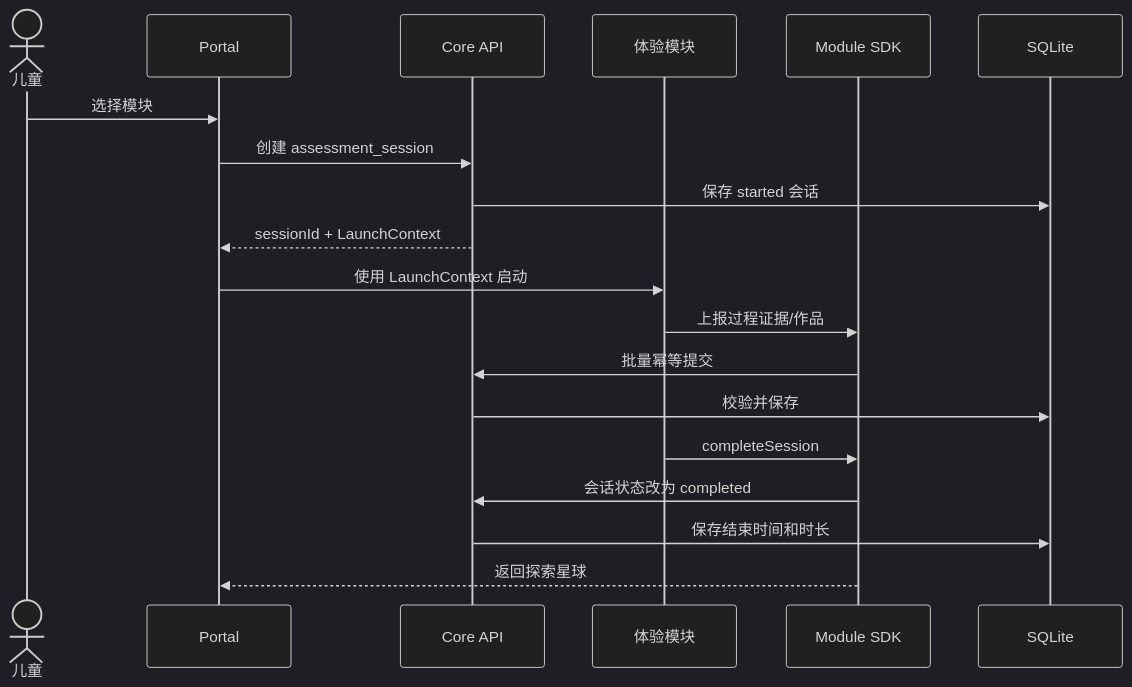
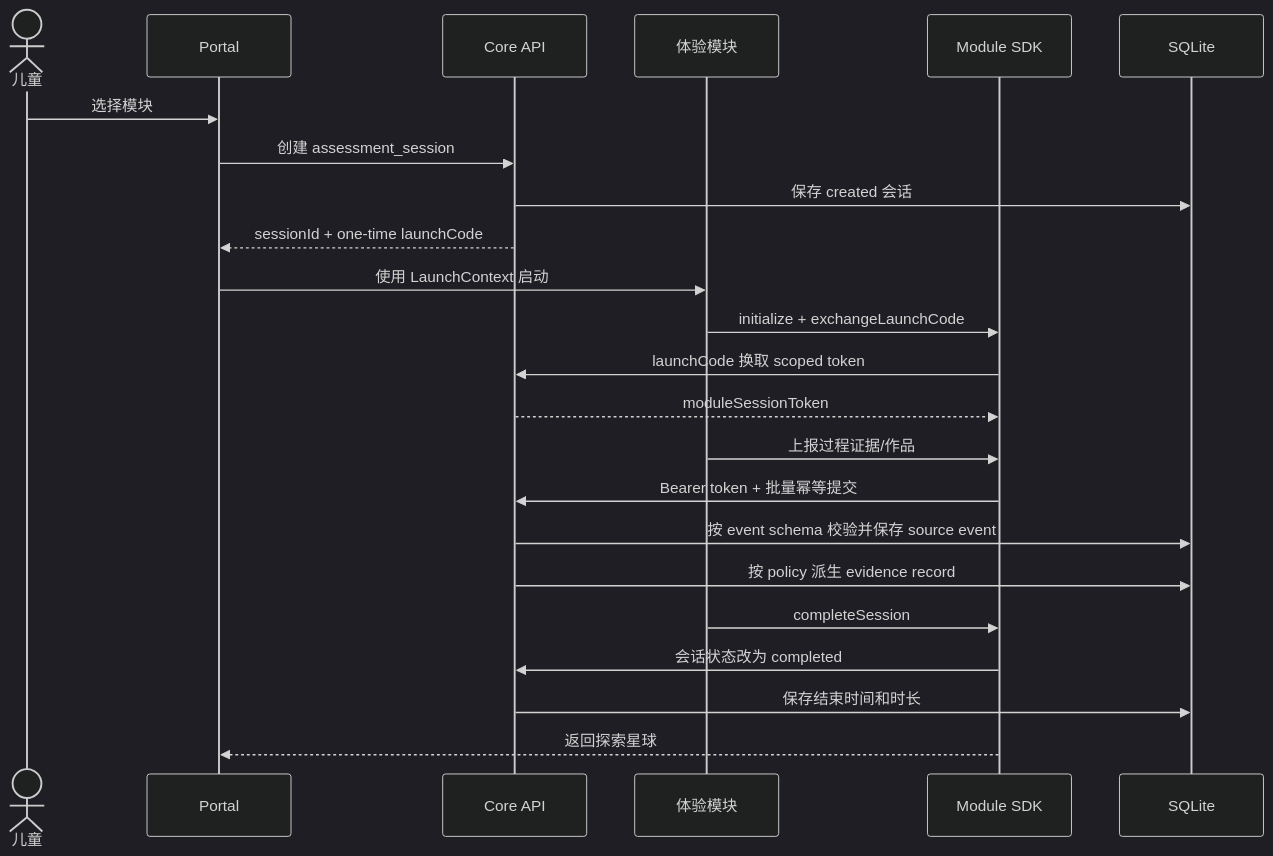
The fifth of 7 diagrams in docs/superpowers/specs/2026-08-29-modular-assessment-platform-architecture-design.md (kuangyutong74-hash/AI-platform-new), drawn with Mermaid (dark theme) before and after one commit. The commit also changed other lines of this file, not shown here.

````diff
--- a/docs/superpowers/specs/2026-08-29-modular-assessment-platform-architecture-design.md
+++ b/docs/superpowers/specs/2026-08-29-modular-assessment-platform-architecture-design.md
@@ -539,22 +725,26 @@
 ```mermaid
 sequenceDiagram
     actor Child as 儿童
     participant Portal
     participant Core as Core API
     participant Module as 体验模块
     participant SDK as Module SDK
     participant DB as SQLite
 
     Child->>Portal: 选择模块
     Portal->>Core: 创建 assessment_session
-    Core->>DB: 保存 started 会话
-    Core-->>Portal: sessionId + LaunchContext
+    Core->>DB: 保存 created 会话
+    Core-->>Portal: sessionId + one-time launchCode
     Portal->>Module: 使用 LaunchContext 启动
+    Module->>SDK: initialize + exchangeLaunchCode
+    SDK->>Core: launchCode 换取 scoped token
+    Core-->>SDK: moduleSessionToken
     Module->>SDK: 上报过程证据/作品
-    SDK->>Core: 批量幂等提交
-    Core->>DB: 校验并保存
+    SDK->>Core: Bearer token + 批量幂等提交
+    Core->>DB: 按 event schema 校验并保存 source event
+    Core->>DB: 按 policy 派生 evidence record
     Module->>SDK: completeSession
     SDK->>Core: 会话状态改为 completed
     Core->>DB: 保存结束时间和时长
     SDK-->>Portal: 返回探索星球
 ```
````
